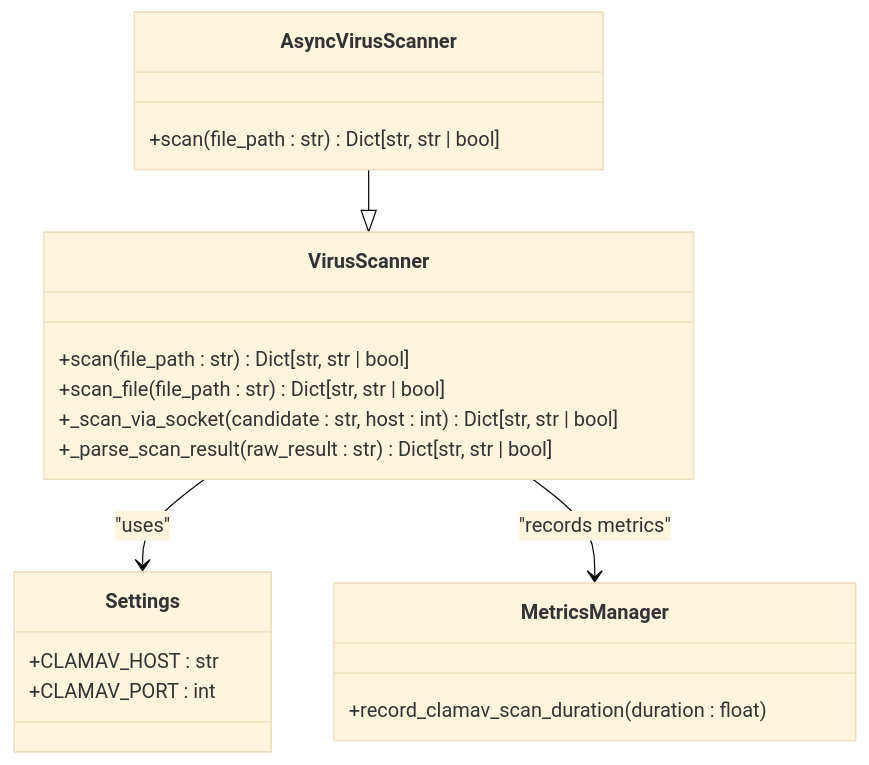
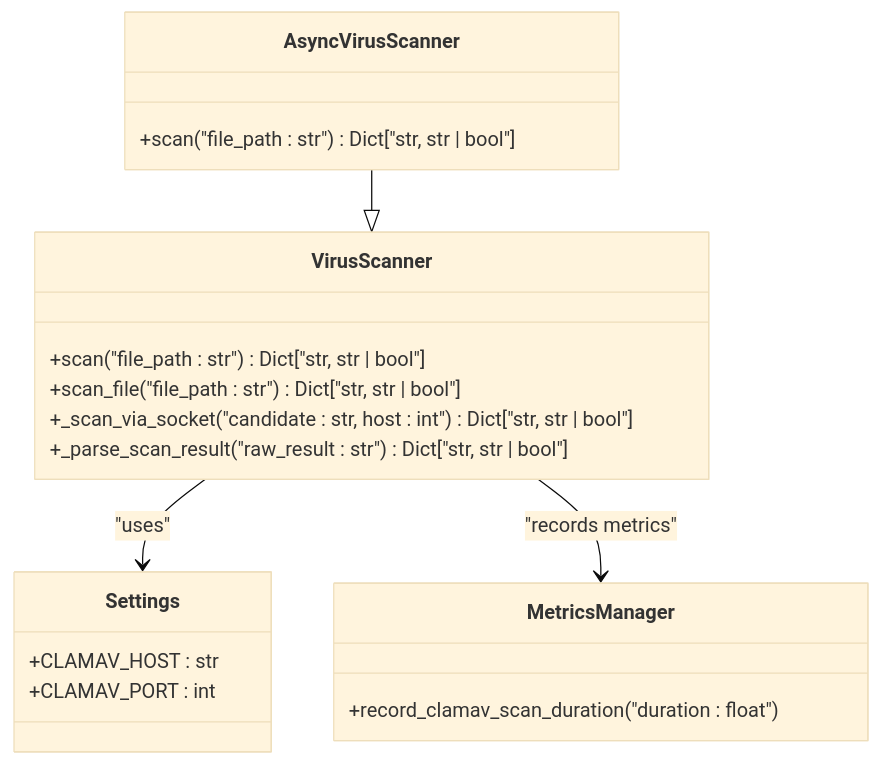
The second of 7 diagrams in docs/docs/knowledge/Virus Scanner Enhancements.md (rohitkumarnaidu/ScholarFormAI), drawn with Mermaid (base theme) before and after one commit. The commit also changed 73 other files, not shown here.

First line of the commit message:
docs: enterprise-level markdown upgrade with Mermaid diagrams

````diff
--- a/docs/docs/knowledge/Virus Scanner Enhancements.md
+++ b/docs/docs/knowledge/Virus Scanner Enhancements.md
@@ -83,22 +83,22 @@
 ```mermaid
 classDiagram
 class VirusScanner {
-+scan(file_path : str) Dict[str, str | bool]
-+scan_file(file_path : str) Dict[str, str | bool]
-+_scan_via_socket(candidate : str, host : int) Dict[str, str | bool]
-+_parse_scan_result(raw_result : str) Dict[str, str | bool]
++scan("file_path : str") Dict["str, str | bool"]
++scan_file("file_path : str") Dict["str, str | bool"]
++_scan_via_socket("candidate : str, host : int") Dict["str, str | bool"]
++_parse_scan_result("raw_result : str") Dict["str, str | bool"]
 }
 class AsyncVirusScanner {
-+scan(file_path : str) Dict[str, str | bool]
++scan("file_path : str") Dict["str, str | bool"]
 }
 class Settings {
 +CLAMAV_HOST : str
 +CLAMAV_PORT : int
 }
 class MetricsManager {
-+record_clamav_scan_duration(duration : float)
++record_clamav_scan_duration("duration : float")
 }
 VirusScanner --> Settings : "uses"
 VirusScanner --> MetricsManager : "records metrics"
 AsyncVirusScanner --|> VirusScanner
 ```
````
